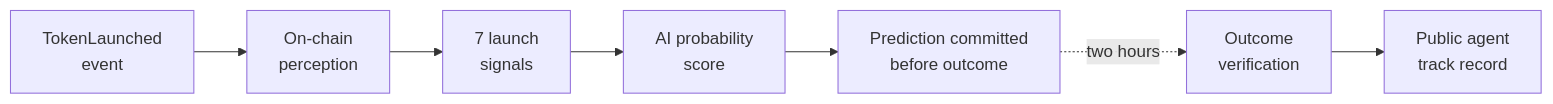
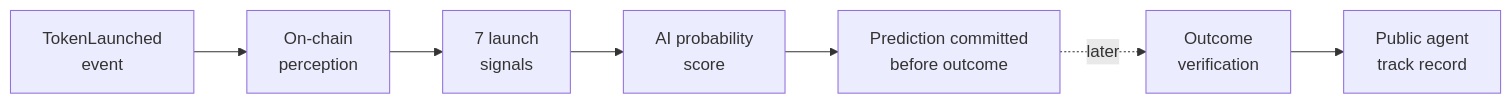
The diagram in README.md (0xfokki/graid), drawn with Mermaid before and after one commit. The commit also changed other lines of this file and 3 other files, not shown here.

````diff
--- a/README.md
+++ b/README.md
@@ -70,9 +75,9 @@
 ```mermaid
 flowchart LR
     A["TokenLaunched<br/>event"] --> B["On-chain<br/>perception"]
     B --> C["7 launch<br/>signals"]
     C --> D["AI probability<br/>score"]
     D --> E["Prediction committed<br/>before outcome"]
-    E -.->|two hours| F["Outcome<br/>verification"]
+    E -.->|later| F["Outcome<br/>verification"]
     F --> G["Public agent<br/>track record"]
 ```
````
